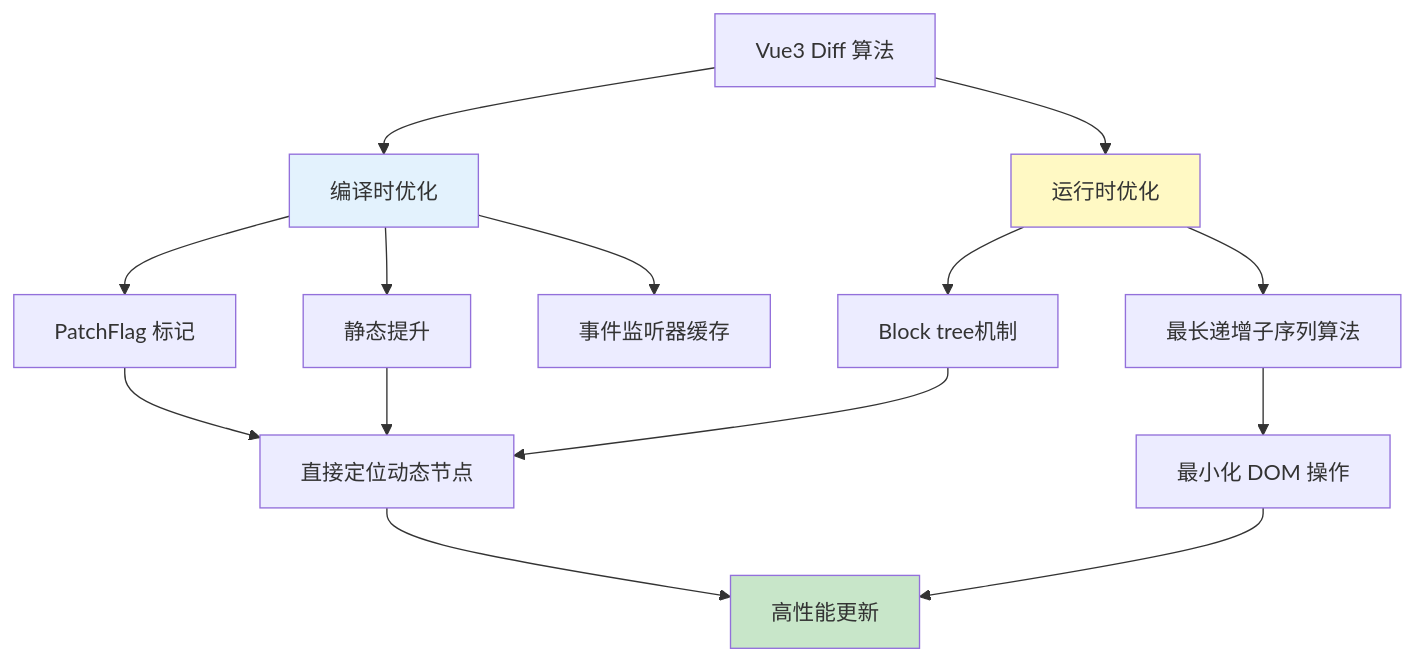
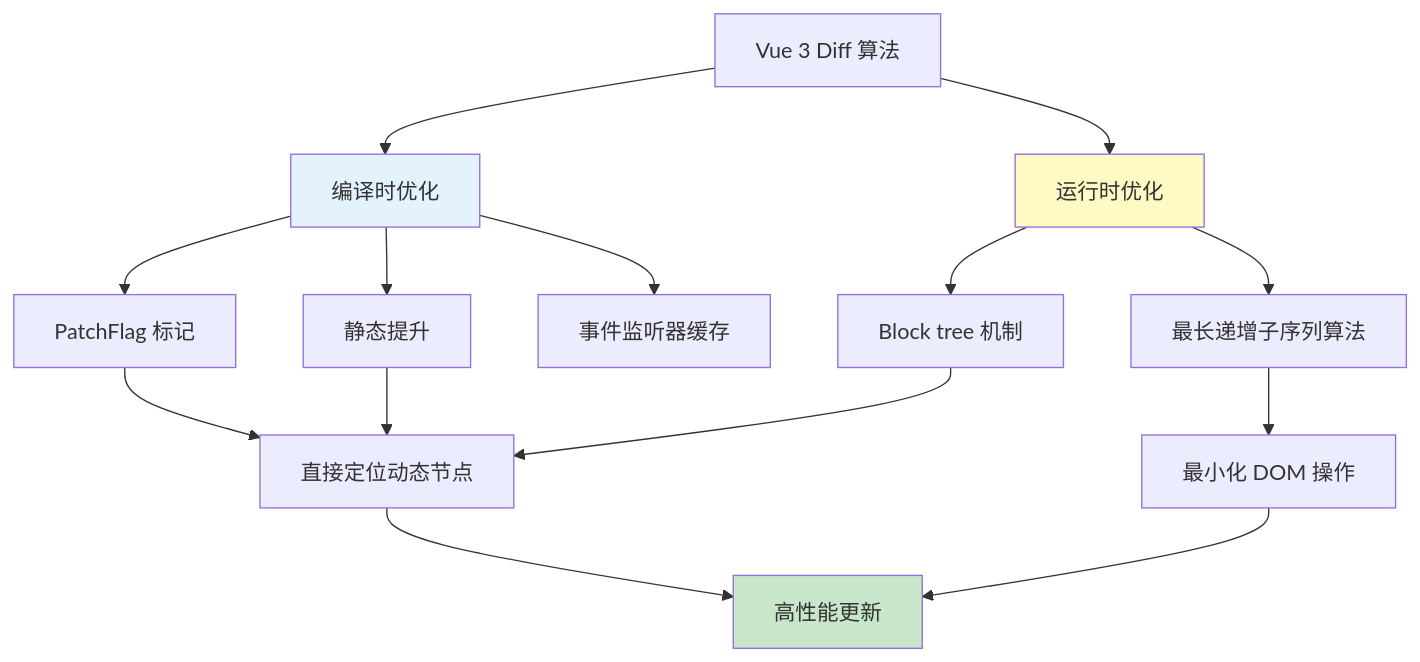
One commit to Aoyia/frontend-learning-system changed the first of 13 diagrams in 学习系统/docs/博客文档/Vue/Vue 3 Diff 算法整体流程.md. Above: the diagram before and after it, drawn with Mermaid. The commit also changed other lines of this file and 11 other files, not shown here.

````diff
--- a/学习系统/docs/博客文档/Vue/Vue 3 Diff 算法整体流程.md
+++ b/学习系统/docs/博客文档/Vue/Vue 3 Diff 算法整体流程.md
@@ -38,24 +38,24 @@
 ```mermaid
 flowchart TB
-    Start[Vue3 Diff 算法] --> CompileTime[编译时优化]
+    Start[Vue 3 Diff 算法] --> CompileTime[编译时优化]
     Start --> Runtime[运行时优化]
 
     CompileTime --> PatchFlag[PatchFlag 标记]
     CompileTime --> StaticHoist[静态提升]
     CompileTime --> EventCache[事件监听器缓存]
 
-    Runtime --> BlockTree[Block tree机制]
+    Runtime --> BlockTree[Block tree 机制]
     Runtime --> FastDiff[最长递增子序列算法]
 
     PatchFlag --> Benefit1[直接定位动态节点]
     StaticHoist --> Benefit1
     BlockTree --> Benefit1
     FastDiff --> Benefit2[最小化 DOM 操作]
 
     Benefit1 --> Result[高性能更新]
     Benefit2 --> Result
 
     style CompileTime fill:#e3f2fd
     style Runtime fill:#fff9c4
     style Result fill:#c8e6c9
 ```
````
